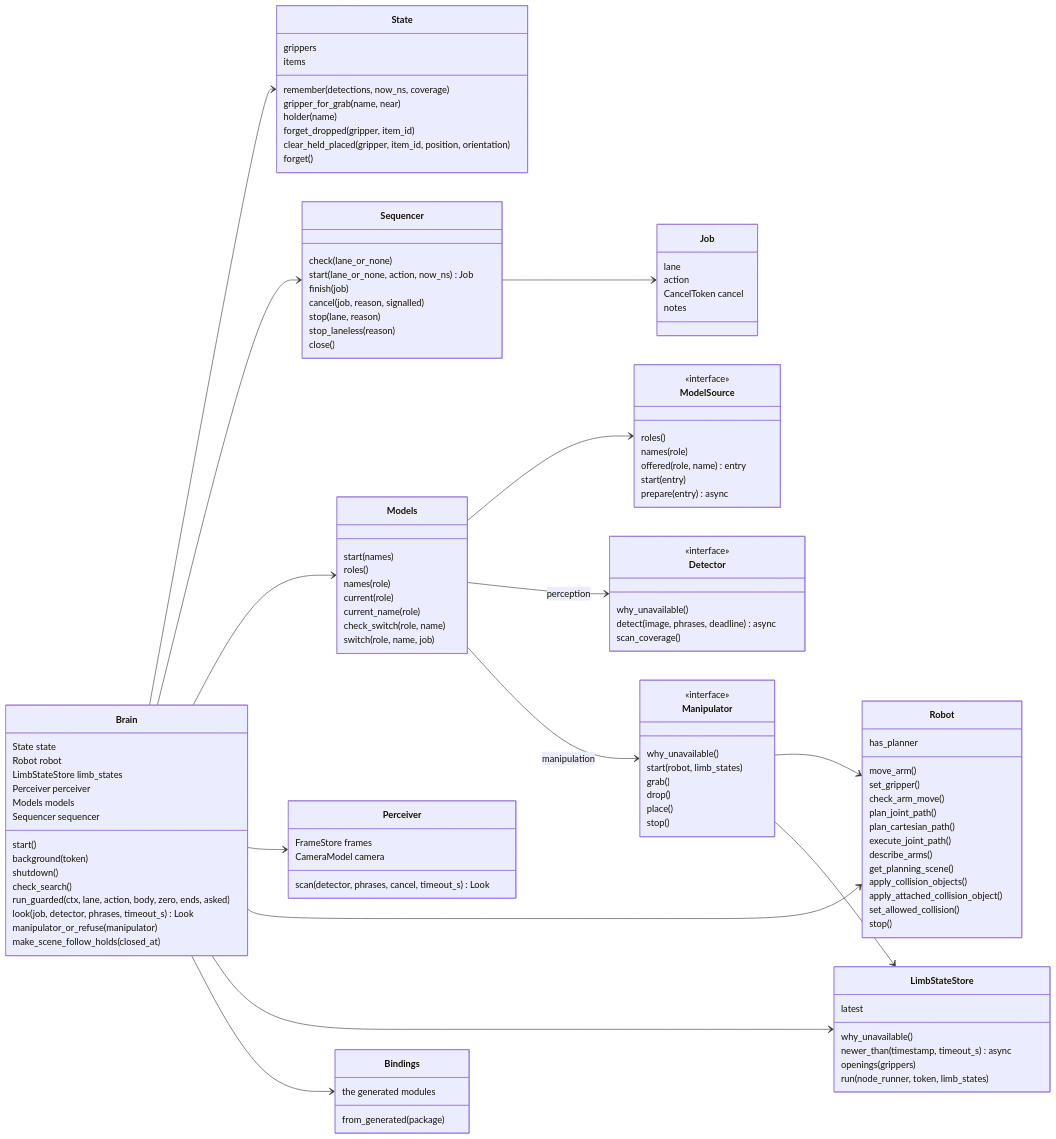
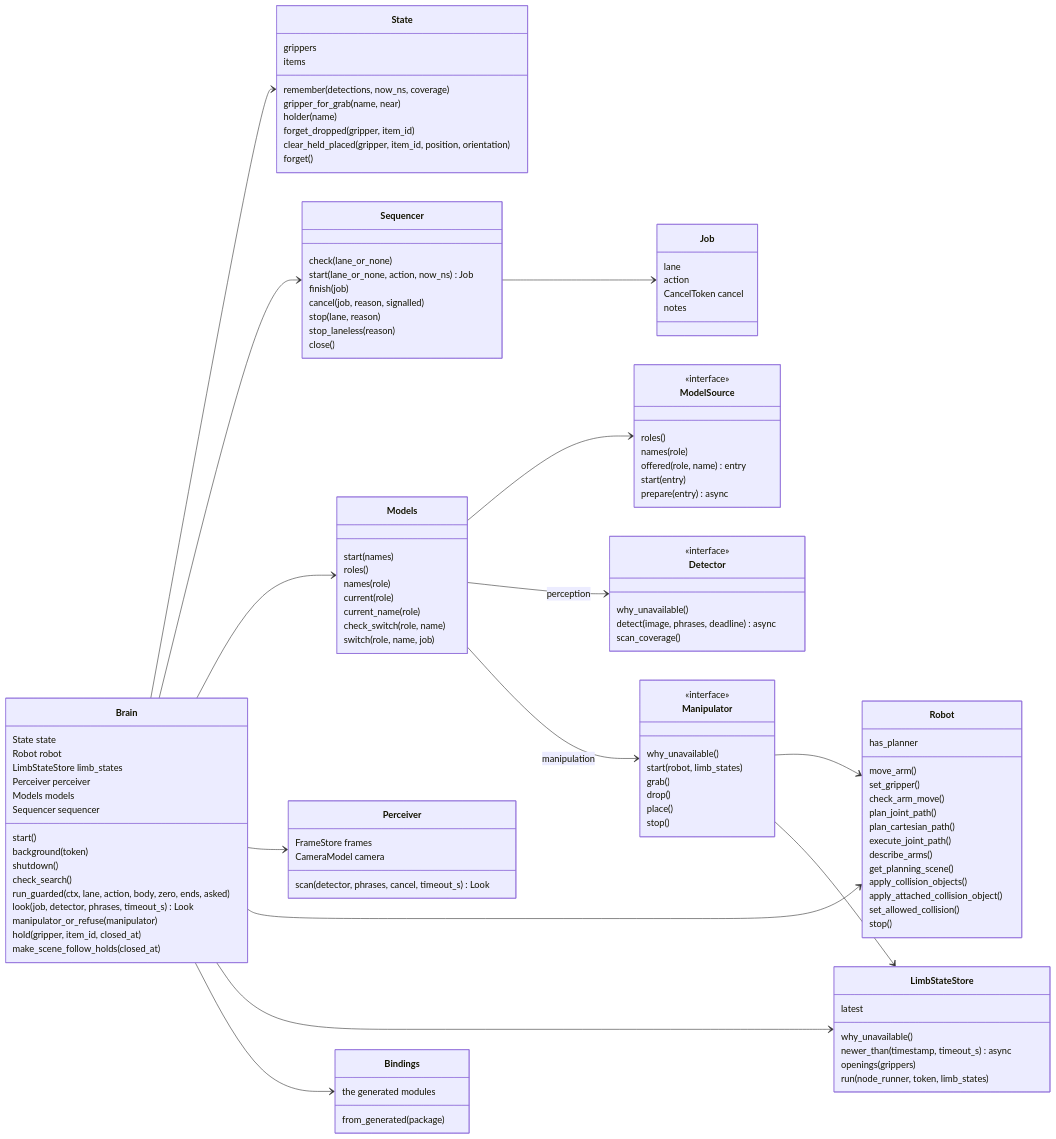
The second of 5 diagrams in brain_core/README.md (Peppy-bot/public-peppy-libs), drawn with Mermaid before and after one commit. The commit also changed other lines of this file and 9 other files, not shown here.

```diff
--- a/brain_core/README.md
+++ b/brain_core/README.md
@@ -150,6 +150,7 @@
         run_guarded(ctx, lane, action, body, zero, ends, asked)
         look(job, detector, phrases, timeout_s) Look
         manipulator_or_refuse(manipulator)
+        hold(gripper, item_id, closed_at)
         make_scene_follow_holds(closed_at)
     }
     class State {
```
